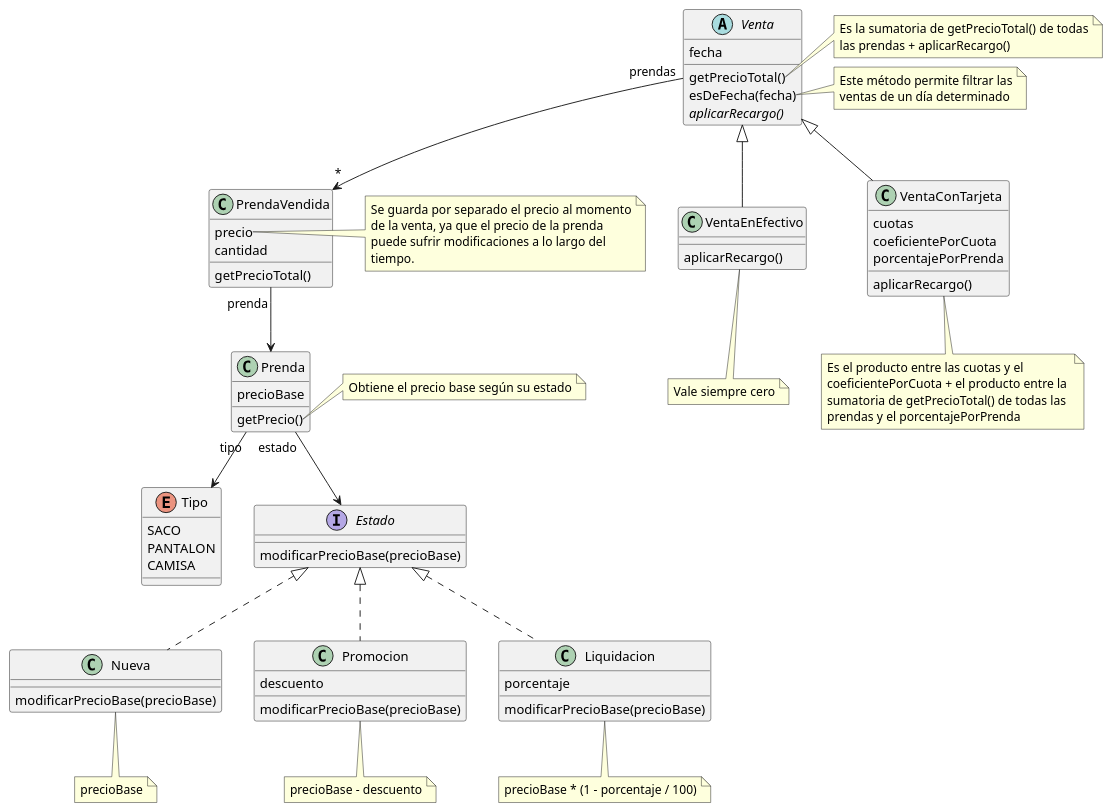
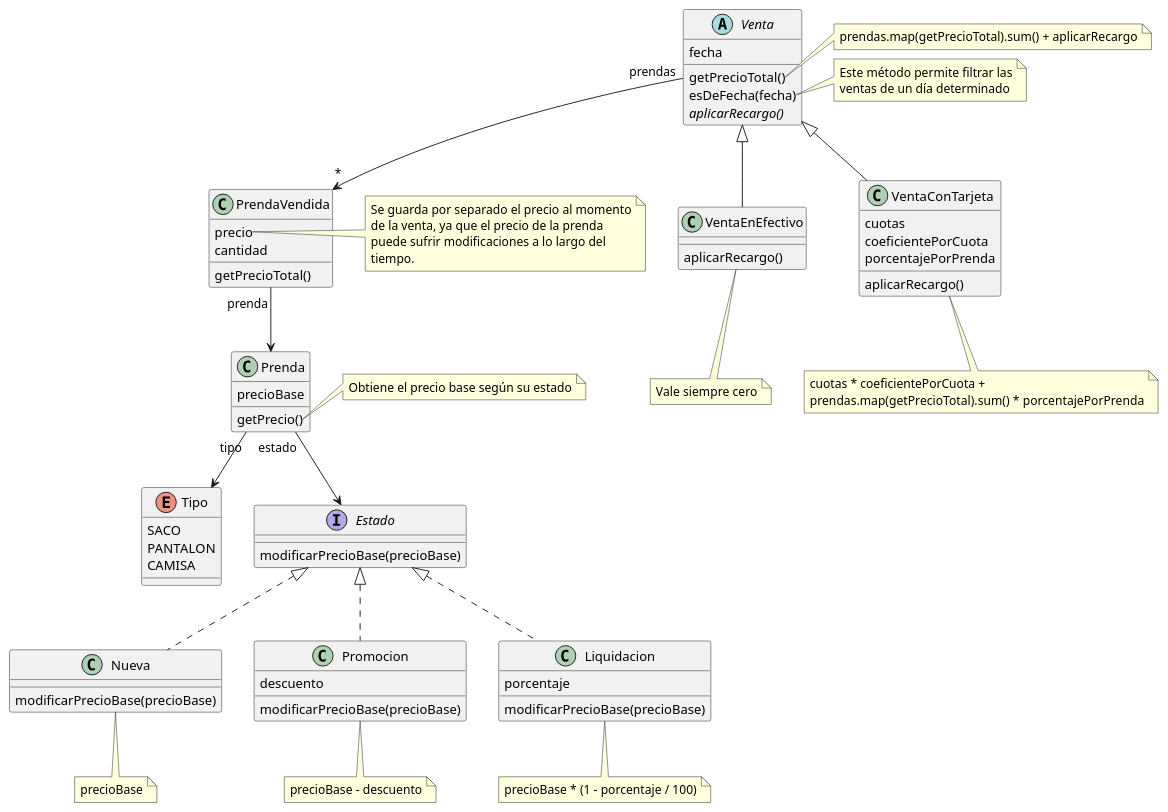
One commit to RaniAgus/dds-jv-2022-macowins changed the diagram in docs/diagram.puml. Above: the diagram before and after it, drawn with PlantUML.

```diff
--- a/docs/diagram.puml
+++ b/docs/diagram.puml
@@ -1,116 +1,113 @@
 @startuml
 abstract class Venta {
   fecha
   getPrecioTotal()
   esDeFecha(fecha)
   {abstract} aplicarRecargo()
 }
 
 Venta "prendas" --> "*" PrendaVendida
 
 note right of Venta::getPrecioTotal
-  Es la sumatoria de getPrecioTotal() de todas
-  las prendas + aplicarRecargo()
+  prendas.map(getPrecioTotal).sum() + aplicarRecargo
 end note
 
 note right of Venta::esDeFecha
   Este método permite filtrar las
   ventas de un día determinado
 end note
 
 class VentaEnEfectivo extends Venta {
   aplicarRecargo()
 }
 
 note as RecargoEfectivo
   Vale siempre cero
 end note
 
 VentaEnEfectivo .. RecargoEfectivo
 
 class VentaConTarjeta extends Venta {
   cuotas
   coeficientePorCuota
   porcentajePorPrenda
   aplicarRecargo()
 }
 
 note as RecargoTarjeta
-  Es el producto entre las cuotas y el 
-  coeficientePorCuota + el producto entre la 
-  sumatoria de getPrecioTotal() de todas las
-  prendas y el porcentajePorPrenda
+  cuotas * coeficientePorCuota + 
+  prendas.map(getPrecioTotal).sum() * porcentajePorPrenda
 end note
 
 VentaConTarjeta .. RecargoTarjeta
 
 class PrendaVendida {
   precio
   cantidad
   getPrecioTotal()
 }
 
 PrendaVendida "prenda" --> Prenda
 
 note right of PrendaVendida::precio
   Se guarda por separado el precio al momento
   de la venta, ya que el precio de la prenda
   puede sufrir modificaciones a lo largo del
   tiempo.
 end note
 
 class Prenda {
   precioBase
   getPrecio()
 }
 
 Prenda "tipo" --> Tipo
 Prenda "estado" --> Estado
 
 note right of Prenda::getPrecio
 Obtiene el precio base según su estado
 end note
 
 enum Tipo {
   SACO
   PANTALON
   CAMISA
 }
 
 interface Estado {
   modificarPrecioBase(precioBase)
 }
 
 class Nueva implements Estado {
   modificarPrecioBase(precioBase)
 }
 
 note as NuevaCalculo
 precioBase
 end note
 
 Nueva .. NuevaCalculo
 
 class Promocion implements Estado {
   descuento
   modificarPrecioBase(precioBase)
 }
 
 note as PromocionCalculo
 precioBase - descuento
 end note
 
 Promocion .. PromocionCalculo
 
 class Liquidacion implements Estado {
   porcentaje
   modificarPrecioBase(precioBase)
 }
 
 note as LiquidacionCalculo
 precioBase * (1 - porcentaje / 100)
 end note
 
 Liquidacion .. LiquidacionCalculo
 
 @enduml
```
